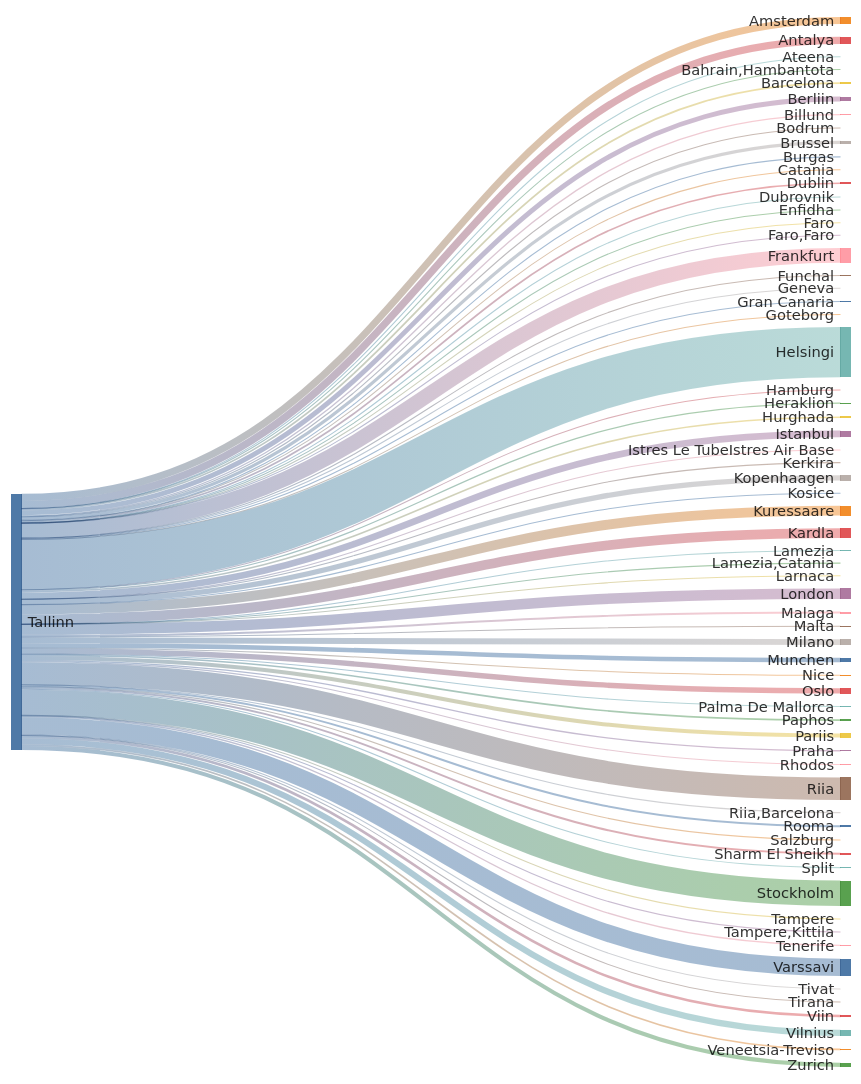
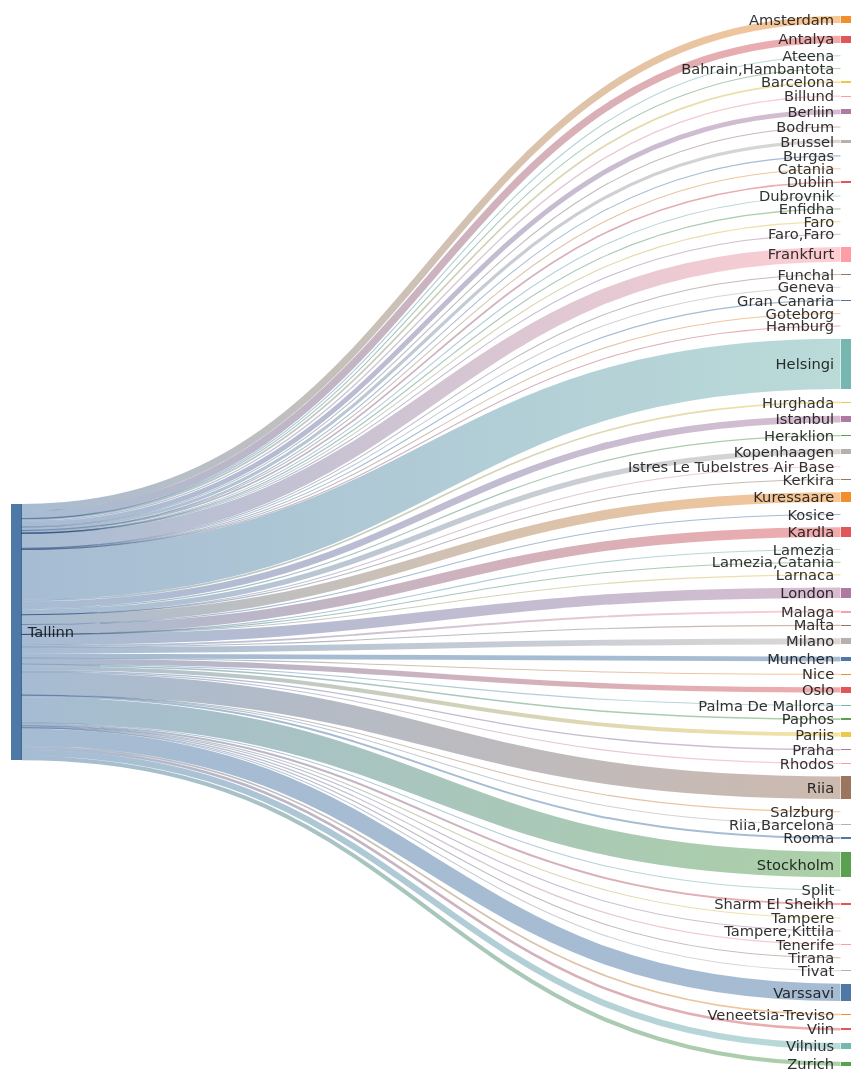
One commit to rainermesi/tll-airport-departures changed the second of 2 diagrams in README.md. Above: the diagram before and after it, drawn with Mermaid. The commit also changed other lines of this file, not shown here.

````diff
--- a/README.md
+++ b/README.md
@@ -34,77 +34,77 @@
 ```mermaid
 ---
 config:
   sankey:
     showValues: false
     width: 800
     height: 1000
 ---
 sankey-beta
 %% source,target,value
-Tallinn,Amsterdam,265
-Tallinn,Antalya,273
+Tallinn,Amsterdam,266
+Tallinn,Antalya,274
 Tallinn,Ateena,16
 Tallinn,"Bahrain,Hambantota",1
-Tallinn,Barcelona,65
+Tallinn,Barcelona,66
 Tallinn,Berliin,183
 Tallinn,Billund,49
 Tallinn,Bodrum,11
 Tallinn,Brussel,120
 Tallinn,Burgas,21
 Tallinn,Catania,2
 Tallinn,Dublin,62
 Tallinn,Dubrovnik,21
 Tallinn,Enfidha,7
 Tallinn,Faro,4
 Tallinn,"Faro,Faro",1
-Tallinn,Frankfurt,557
+Tallinn,Frankfurt,559
 Tallinn,Funchal,5
 Tallinn,Geneva,10
 Tallinn,Gran Canaria,32
 Tallinn,Goteborg,1
 Tallinn,Hamburg,1
-Tallinn,Helsingi,1883
+Tallinn,Helsingi,1892
 Tallinn,Heraklion,46
-Tallinn,Hurghada,60
-Tallinn,Istanbul,251
+Tallinn,Hurghada,61
+Tallinn,Istanbul,252
 Tallinn,Istres Le TubeIstres Air Base,2
 Tallinn,Kerkira,4
-Tallinn,Kopenhaagen,199
+Tallinn,Kopenhaagen,200
 Tallinn,Kosice,1
-Tallinn,Kuressaare,365
-Tallinn,Kardla,365
+Tallinn,Kuressaare,367
+Tallinn,Kardla,367
 Tallinn,Lamezia,1
 Tallinn,"Lamezia,Catania",3
 Tallinn,Larnaca,4
-Tallinn,London,393
+Tallinn,London,395
 Tallinn,Malaga,73
 Tallinn,Malta,15
-Tallinn,Milano,224
-Tallinn,Munchen,174
+Tallinn,Milano,225
+Tallinn,Munchen,175
 Tallinn,Nice,25
 Tallinn,Oslo,201
 Tallinn,Palma De Mallorca,19
 Tallinn,Paphos,60
 Tallinn,Pariis,151
 Tallinn,Praha,49
 Tallinn,Rhodos,32
-Tallinn,Riia,844
+Tallinn,Riia,848
 Tallinn,"Riia,Barcelona",1
 Tallinn,Rooma,74
 Tallinn,Salzburg,11
-Tallinn,Sharm El Sheikh,75
+Tallinn,Sharm El Sheikh,76
 Tallinn,Split,25
-Tallinn,Stockholm,956
+Tallinn,Stockholm,960
 Tallinn,Tampere,17
-Tallinn,"Tampere,Kittila",15
+Tallinn,"Tampere,Kittila",16
 Tallinn,Tenerife,49
 Tallinn,Tirana,8
 Tallinn,Tivat,26
-Tallinn,Varssavi,649
+Tallinn,Varssavi,652
 Tallinn,Veneetsia-Treviso,61
 Tallinn,Viin,97
-Tallinn,Vilnius,230
+Tallinn,Vilnius,232
 Tallinn,Zurich,155
 
 
 ```
````
